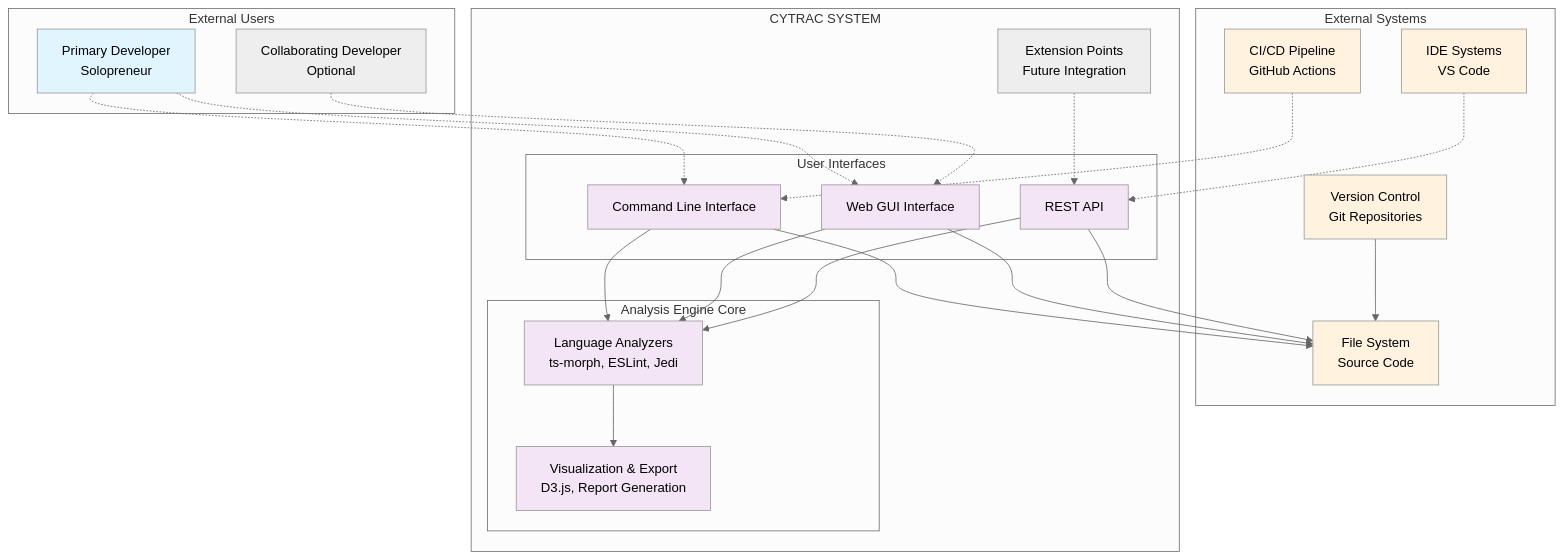
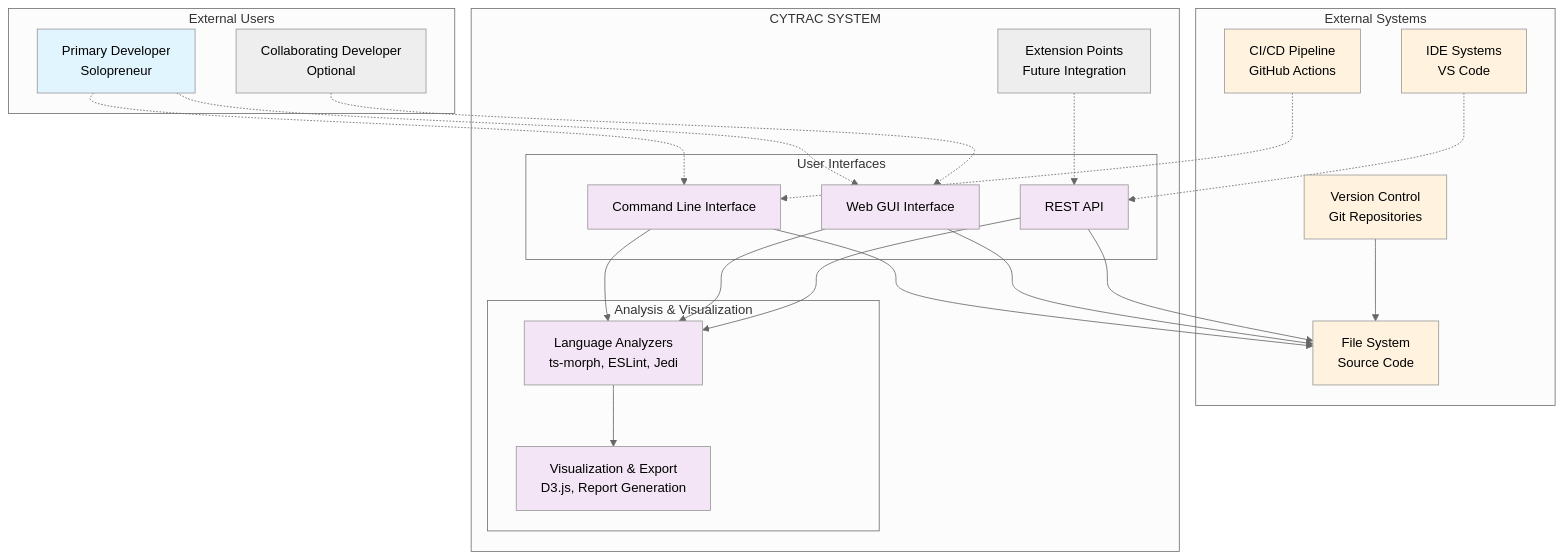
The first of 5 diagrams in docs/SAD.md (louipr/cytrac), drawn with Mermaid (neutral theme) before and after one commit. The commit also changed other lines of this file, not shown here.

````diff
--- a/docs/SAD.md
+++ b/docs/SAD.md
@@ -115,57 +117,57 @@
 ```mermaid
 graph TB
     subgraph "External Users"
         DEV1[Primary Developer<br/>Solopreneur]
         DEV2[Collaborating Developer<br/>Optional]
     end
     
     subgraph "External Systems"
         FS[File System<br/>Source Code]
         VCS[Version Control<br/>Git Repositories]
         IDE[IDE Systems<br/>VS Code]
         CICD[CI/CD Pipeline<br/>GitHub Actions]
     end
     
     subgraph "CYTRAC SYSTEM"
         subgraph "User Interfaces"
             CLI[Command Line Interface]
             GUI[Web GUI Interface]
             API[REST API]
         end
         
-        subgraph "Analysis Engine Core"
+        subgraph "Analysis & Visualization"
             LANG[Language Analyzers<br/>ts-morph, ESLint, Jedi]
             VIZ[Visualization & Export<br/>D3.js, Report Generation]
         end
         
         EXT[Extension Points<br/>Future Integration]
     end
     
     %% User interactions
     DEV1 -.-> CLI
     DEV1 -.-> GUI
     DEV2 -.-> GUI
     
     %% External system interactions
     CLI --> FS
     GUI --> FS
     API --> FS
     VCS --> FS
     IDE -.-> API
     CICD -.-> CLI
     
     %% Internal connections
     CLI --> LANG
     GUI --> LANG
     API --> LANG
     LANG --> VIZ
     EXT -.-> API
     
     classDef primary fill:#e1f5fe
     classDef system fill:#f3e5f5
     classDef external fill:#fff3e0
     
     class DEV1 primary
     class CLI,GUI,API,LANG,VIZ system
     class FS,VCS,IDE,CICD external
 ```
````
